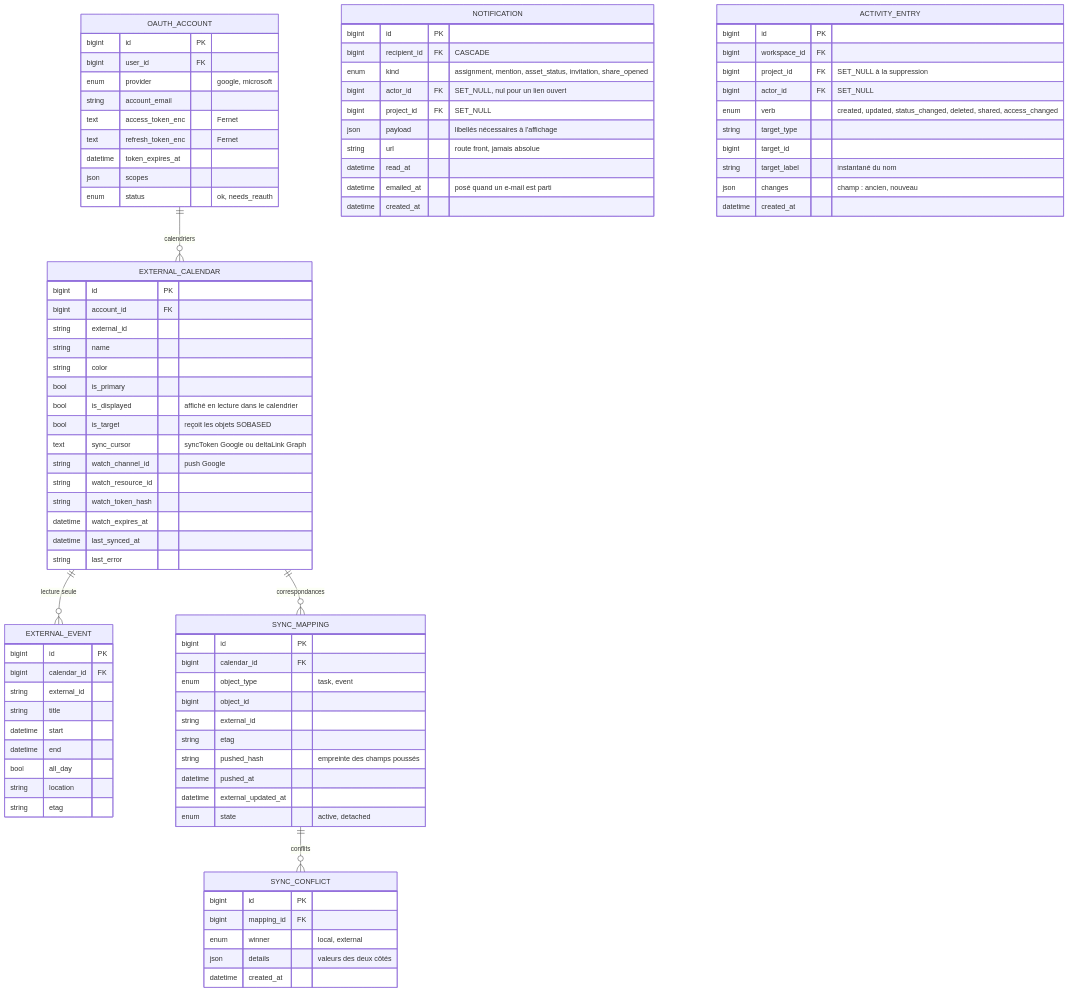
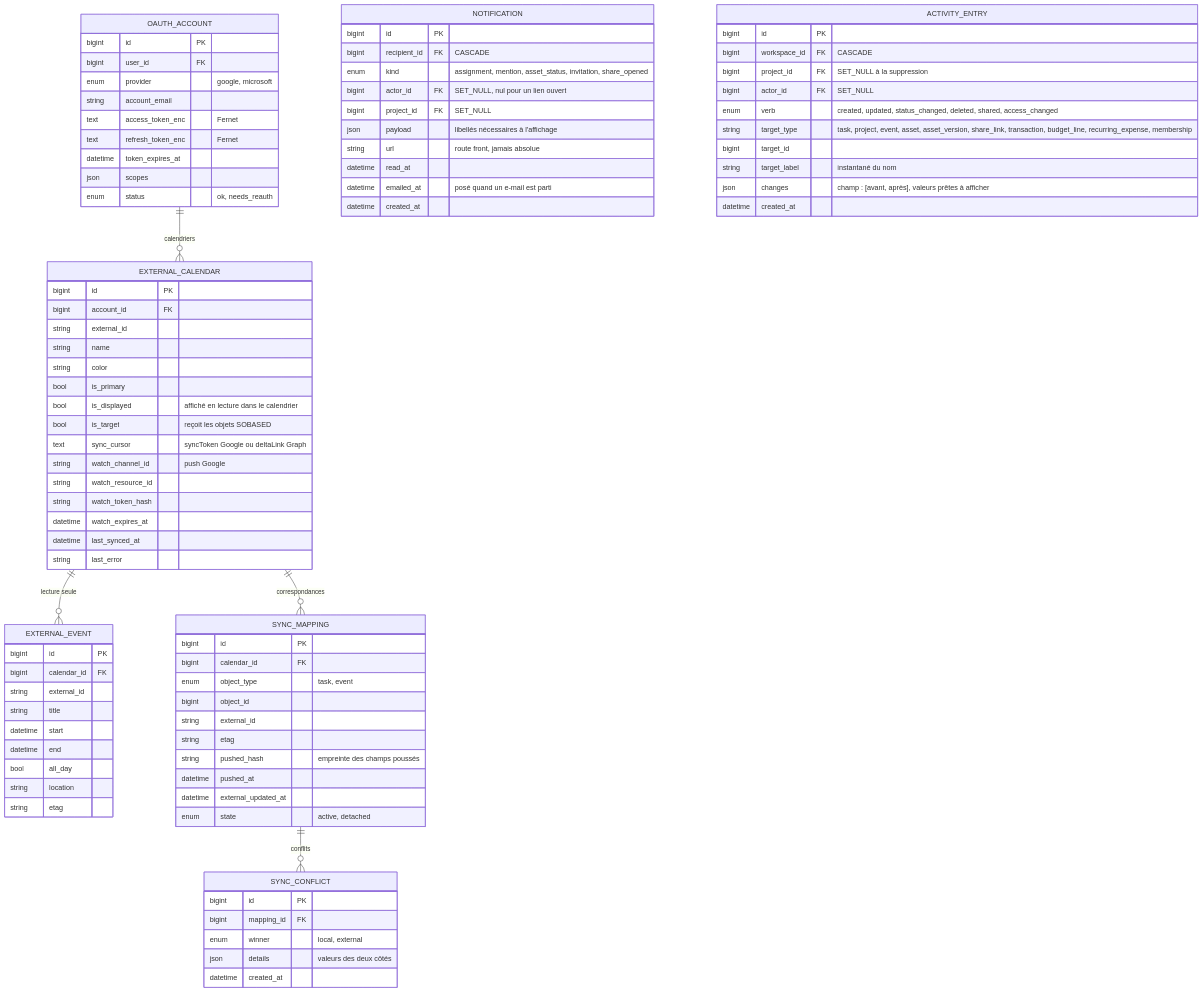
Before and after one commit to lucagslr/sobased: the seventh of 7 diagrams in DATABASE_SCHEMA.md, drawn with Mermaid. The commit also changed other lines of this file and 58 other files, not shown here.

```diff
--- a/DATABASE_SCHEMA.md
+++ b/DATABASE_SCHEMA.md
@@ -609,14 +612,14 @@
     }
     ACTIVITY_ENTRY {
         bigint id PK
-        bigint workspace_id FK
+        bigint workspace_id FK "CASCADE"
         bigint project_id FK "SET_NULL à la suppression"
         bigint actor_id FK "SET_NULL"
         enum verb "created, updated, status_changed, deleted, shared, access_changed"
-        string target_type
+        string target_type "task, project, event, asset, asset_version, share_link, transaction, budget_line, recurring_expense, membership"
         bigint target_id
         string target_label "instantané du nom"
-        json changes "champ : ancien, nouveau"
+        json changes "champ : [avant, après], valeurs prêtes à afficher"
         datetime created_at
     }
 
```
